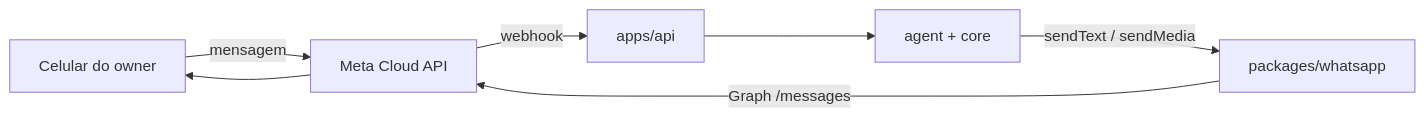
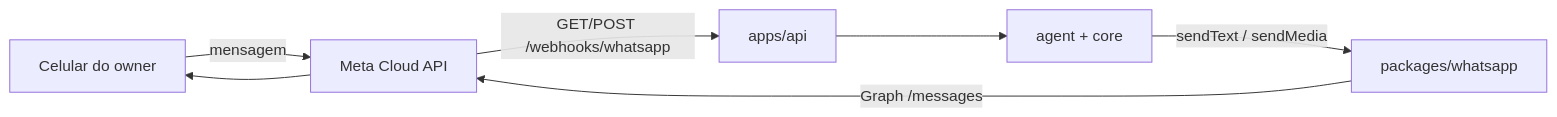
One commit to Ei-buddy/ei-buddy changed the diagram in docs/arquitetura/integracoes/meta-cloud-api.md. Above: the diagram before and after it, drawn with Mermaid. The commit also changed other lines of this file and 27 other files, not shown here.

First line of the commit message:
feat(whatsapp): receber webhook da Meta Cloud API (NR-046) (#271)

````diff
--- a/docs/arquitetura/integracoes/meta-cloud-api.md
+++ b/docs/arquitetura/integracoes/meta-cloud-api.md
@@ -24,9 +24,9 @@
 ```mermaid
 flowchart LR
   L["Celular do owner"] -->|"mensagem"| M["Meta Cloud API"]
-  M -->|"webhook"| API["apps/api"]
+  M -->|"GET/POST /webhooks/whatsapp"| API["apps/api"]
   API --> AG["agent + core"]
   AG -->|"sendText / sendMedia"| W["packages/whatsapp"]
   W -->|"Graph /messages"| M
   M --> L
 ```
````
